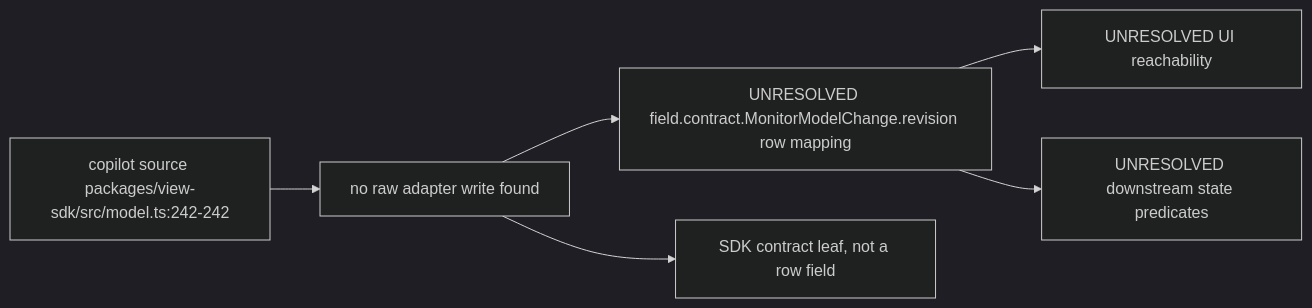
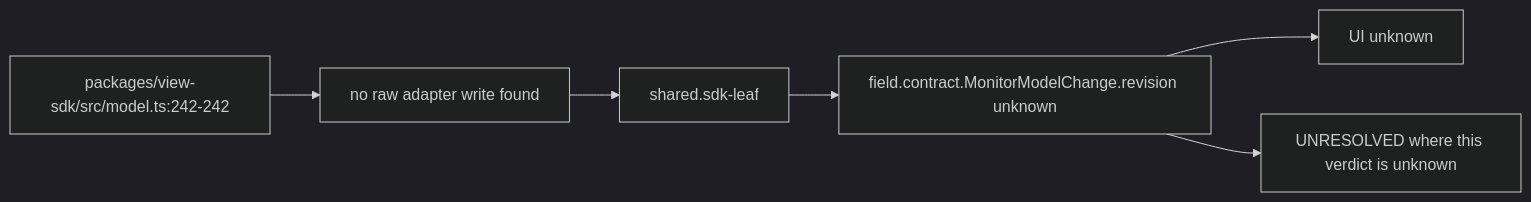
The diagram in audit/godview/evidence/copilot/contract.MonitorModelChange.revision.mmd (vibefield/vibefield), drawn with Mermaid (dark theme) before and after one commit. The commit also changed 1609 other files, not shown here.

```diff
--- a/audit/godview/evidence/copilot/contract.MonitorModelChange.revision.mmd
+++ b/audit/godview/evidence/copilot/contract.MonitorModelChange.revision.mmd
@@ -1,11 +1,13 @@
+%% graph_ref: shared.sdk-leaf
+%% adapter: copilot
+%% field: field.contract.MonitorModelChange.revision
+%% forensic: source-read at 748d015; not a live sample
 flowchart LR
-  src["copilot source packages/view-sdk/src/model.ts:242-242"]
+  src["packages/view-sdk/src/model.ts:242-242"]
   raw["no raw adapter write found"]
-  row["UNRESOLVED field.contract.MonitorModelChange.revision row mapping"]
-  ui["UNRESOLVED UI reachability"]
-  states["UNRESOLVED downstream state predicates"]
-  src --> raw --> row
-  row --> ui
-  row --> states
-  leaf["SDK contract leaf, not a row field"]
-  raw --> leaf
+  shared["shared.sdk-leaf"]
+  row["field.contract.MonitorModelChange.revision unknown"]
+  ui["UI unknown"]
+  src --> raw --> shared --> row --> ui
+  open["UNRESOLVED where this verdict is unknown"]
+  row --> open
```
